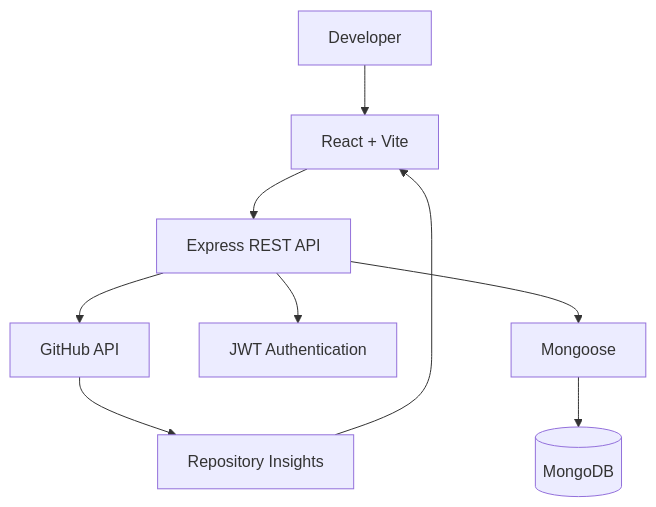
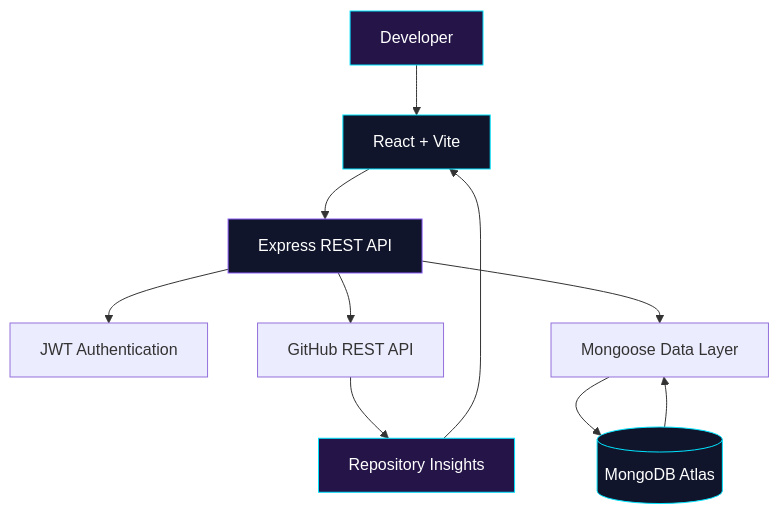
The diagram in README.md (Priyanka170974/Priyanka170974), drawn with Mermaid before and after one commit. The commit also changed other lines of this file, not shown here.

````diff
--- a/README.md
+++ b/README.md
@@ -63,11 +107,18 @@
 ```mermaid
 flowchart TD
-    A[Developer] --> B[React + Vite]
-    B --> C[Express REST API]
-    C --> D[GitHub API]
-    C --> E[JWT Authentication]
-    C --> F[Mongoose]
-    F --> G[(MongoDB)]
-    D --> H[Repository Insights]
+    A["Developer"] --> B["React + Vite"]
+    B --> C["Express REST API"]
+    C --> D["JWT Authentication"]
+    C --> E["GitHub REST API"]
+    C --> F["Mongoose Data Layer"]
+    F --> G[("MongoDB Atlas")]
+    E --> H["Repository Insights"]
     H --> B
+    G --> F
+
+    style A fill:#241447,color:#fff,stroke:#00E5FF
+    style B fill:#10152B,color:#fff,stroke:#00E5FF
+    style C fill:#10152B,color:#fff,stroke:#8B5CF6
+    style G fill:#10152B,color:#fff,stroke:#00E5FF
+    style H fill:#241447,color:#fff,stroke:#00E5FF
 ```
````
